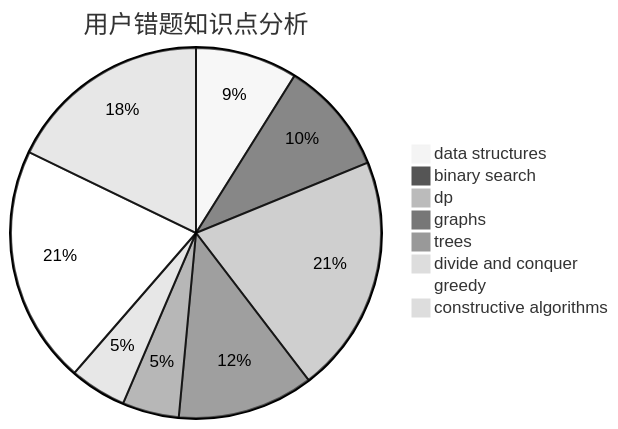
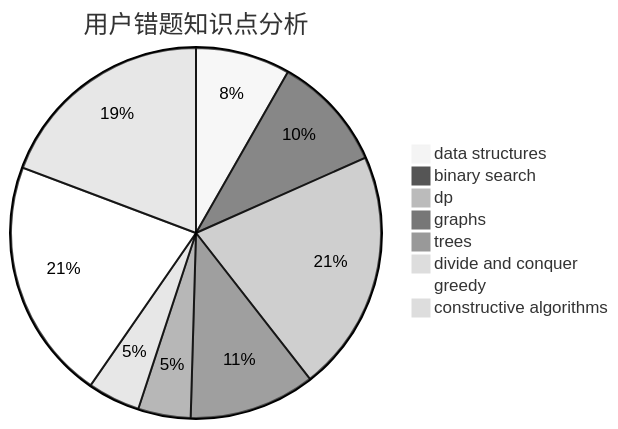
The third of 3 diagrams in docs/user/u2239.md (sherpahu/cfrs.github.io), drawn with Mermaid (neutral theme) before and after one commit. The commit also changed other lines of this file and 2770 other files, not shown here.

````diff
--- a/docs/user/u2239.md
+++ b/docs/user/u2239.md
@@ -36,11 +36,11 @@
 ```mermaid
 pie title 用户错题知识点分析
     "data structures" :  9
-    "binary search" :  10
-    "dp" :  21
+    "binary search" :  11
+    "dp" :  23
     "graphs" :  12
     "trees" :  5
     "divide and conquer" :  5
-    "greedy" :  21
-    "constructive algorithms" :  18
+    "greedy" :  23
+    "constructive algorithms" :  21
 ```
````
